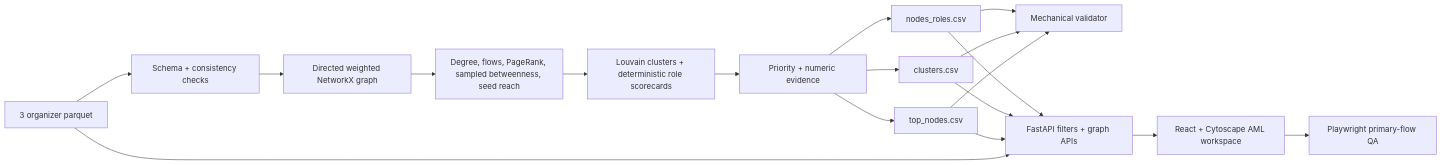
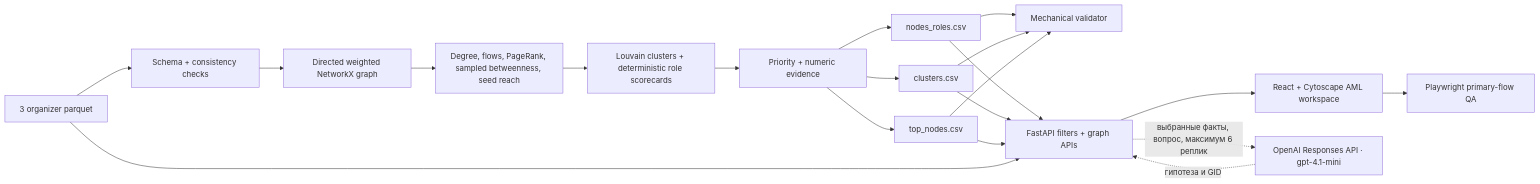
One commit to BAITC-Hacks/hack-0a855e0e-terra-group-labs changed the first of 3 diagrams in README.md. Above: the diagram before and after it, drawn with Mermaid. The commit also changed other lines of this file and 14 other files, not shown here.

Commit message:
feat: ground AI investigation and seed-first graph navigation

````diff
--- a/README.md
+++ b/README.md
@@ -21,16 +23,18 @@
 ```mermaid
 flowchart LR
     A[3 organizer parquet] --> B[Schema + consistency checks]
     B --> C[Directed weighted NetworkX graph]
     C --> D[Degree, flows, PageRank, sampled betweenness, seed reach]
     D --> E[Louvain clusters + deterministic role scorecards]
     E --> F[Priority + numeric evidence]
     F --> G[nodes_roles.csv]
     F --> H[clusters.csv]
     F --> I[top_nodes.csv]
     G & H & I --> J[Mechanical validator]
     G & H & I --> K[FastAPI filters + graph APIs]
     A --> K
     K --> L[React + Cytoscape AML workspace]
+    K -. выбранные факты, вопрос, максимум 6 реплик .-> N[OpenAI Responses API · gpt-4.1-mini]
+    N -. гипотеза и GID .-> K
     L --> M[Playwright primary-flow QA]
 ```
````
